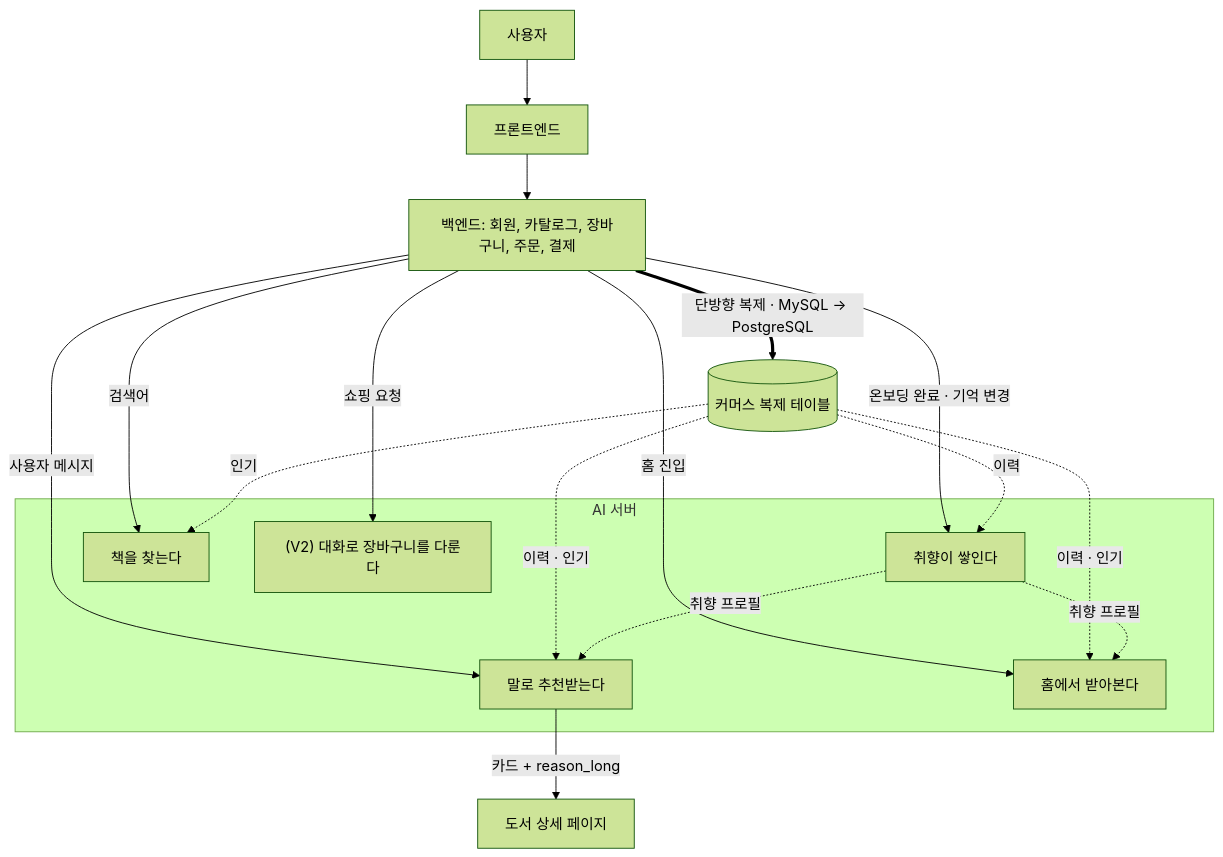
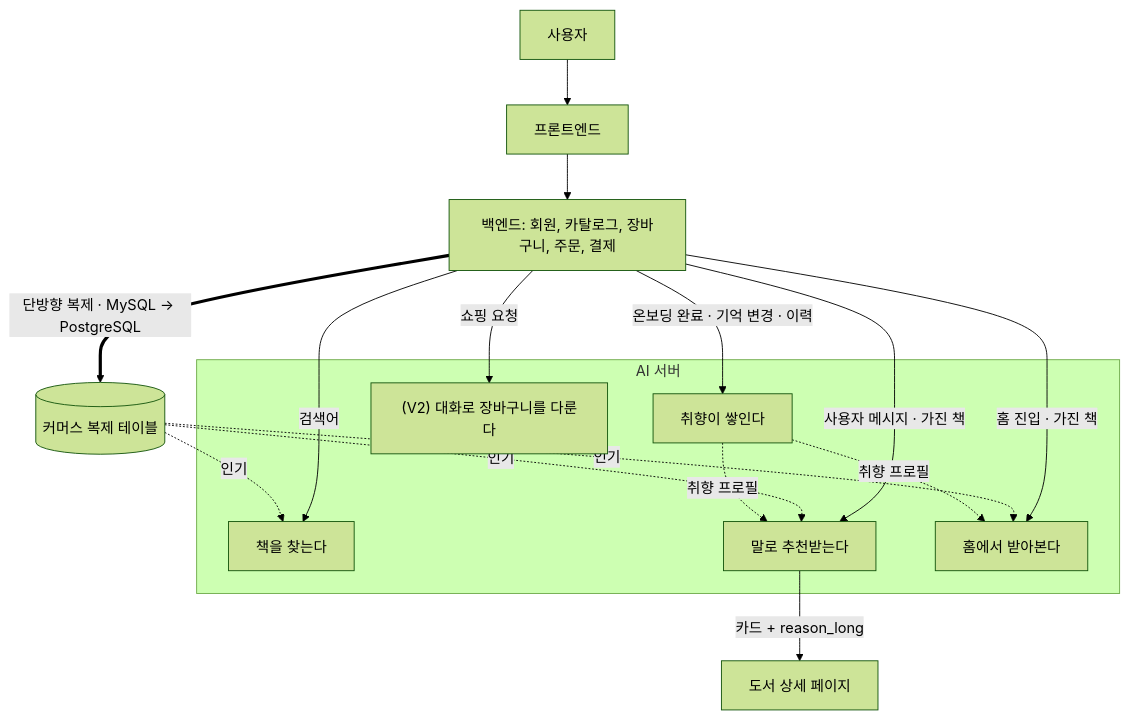
The diagram in docs/ai/1-model-api/spec.md (100-hours-a-week/KTB4-13th-wiki), drawn with Mermaid (forest theme) before and after one commit. The commit also changed other lines of this file, not shown here.

Commit message:
docs(ai): 챗봇·홈 추천·프로필 계산이 복제한 사용자 표를 읽지 않는다고 명세에 적는다 (AI #307)

````diff
--- a/docs/ai/1-model-api/spec.md
+++ b/docs/ai/1-model-api/spec.md
@@ -1562,25 +1559,24 @@
 ```mermaid
 flowchart TB
     U[사용자] --> FE[프론트엔드]
     FE --> BE[백엔드: 회원, 카탈로그, 장바구니, 주문, 결제]
     subgraph AI[AI 서버]
         F5[취향이 쌓인다]
         F1[책을 찾는다]
         F2[말로 추천받는다]
         F3[홈에서 받아본다]
         AG["(V2) 대화로 장바구니를 다룬다"]
     end
-    BE -->|온보딩 완료 · 기억 변경| F5
+    BE -->|온보딩 완료 · 기억 변경 · 이력| F5
     BE -->|검색어| F1
-    BE -->|사용자 메시지| F2
-    BE -->|홈 진입| F3
+    BE -->|사용자 메시지 · 가진 책| F2
+    BE -->|홈 진입 · 가진 책| F3
     BE -->|쇼핑 요청| AG
     BE ==>|"단방향 복제 · MySQL → PostgreSQL"| V[(커머스 복제 테이블)]
     V -. 인기 .-> F1
-    V -. 이력 · 인기 .-> F2
-    V -. 이력 · 인기 .-> F3
-    V -. 이력 .-> F5
+    V -. 인기 .-> F2
+    V -. 인기 .-> F3
     F5 -. 취향 프로필 .-> F2
     F5 -. 취향 프로필 .-> F3
     F2 -->|카드 + reason_long| DET[도서 상세 페이지]
 ```
````
